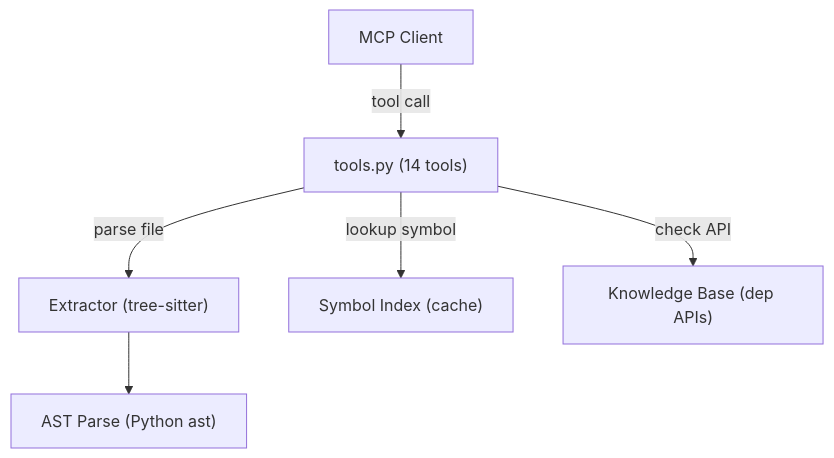
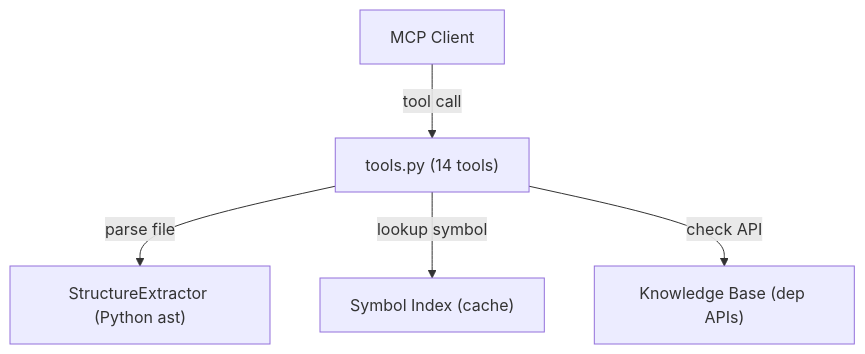
Before and after one commit to Fengrru/repograph-honest-mcp: the second of 2 diagrams in README.md, drawn with Mermaid. The commit also changed other lines of this file and 12 other files, not shown here.

First line of the commit message:
feat: implement advertised CLI, REPOGRAPH_TOOLS filter, SSE transport and honest scan/call-graph fixes

````diff
--- a/README.md
+++ b/README.md
@@ -349,8 +415,7 @@
 ```mermaid
 graph TD
     Client["MCP Client"] -->|tool call| Tools["tools.py (14 tools)"]
-    Tools -->|parse file| Extractor["Extractor (tree-sitter)"]
-    Extractor --> AST["AST Parse (Python ast)"]
+    Tools -->|parse file| Extractor["StructureExtractor (Python ast)"]
     Tools -->|lookup symbol| Index["Symbol Index (cache)"]
     Tools -->|check API| KB["Knowledge Base (dep APIs)"]
 ```
````
